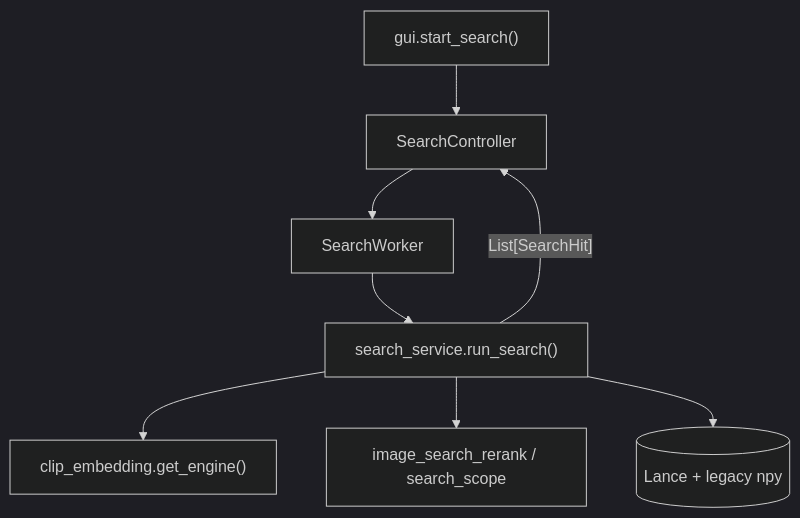
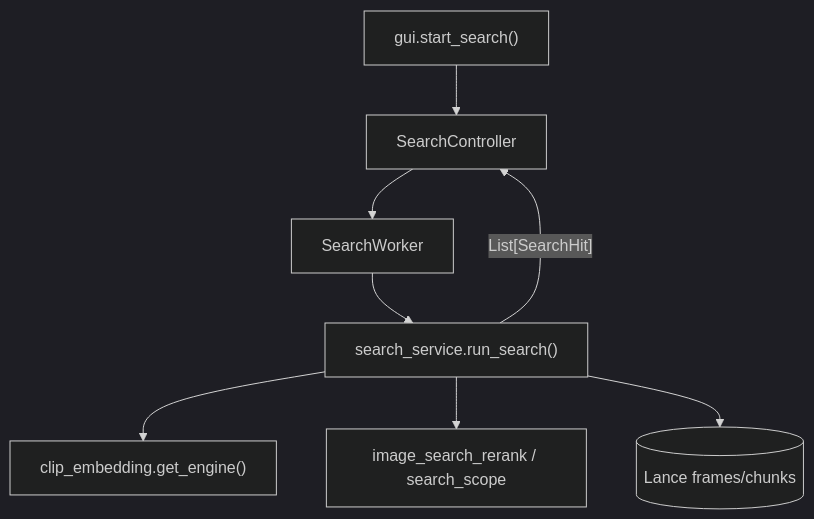
One commit to 6v17/VideoSeek changed the first of 6 diagrams in docs/architecture.md. Above: the diagram before and after it, drawn with Mermaid (dark theme). The commit also changed other lines of this file and 4 other files, not shown here.

````diff
--- a/docs/architecture.md
+++ b/docs/architecture.md
@@ -55,16 +55,16 @@
 ```mermaid
 flowchart TB
   GUI["gui.start_search()"]
   SC["SearchController"]
   SW["SearchWorker"]
   SS["search_service.run_search()"]
   CE["clip_embedding.get_engine()"]
   RR["image_search_rerank / search_scope"]
-  DISK[("Lance + legacy npy")]
+  DISK[("Lance frames/chunks")]
 
   GUI --> SC --> SW --> SS
   SS --> CE
   SS --> RR
   SS --> DISK
   SS --> |"List[SearchHit]"| SC
 ```
````
